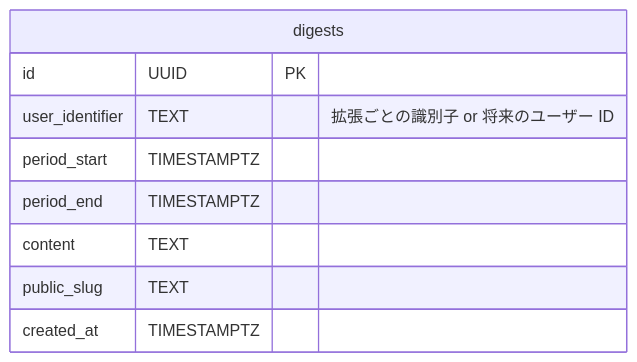
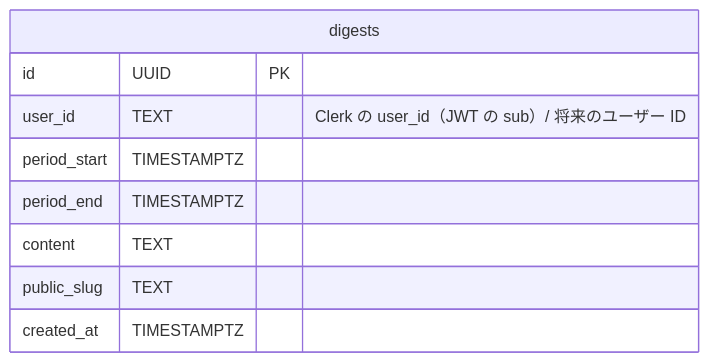
Before and after one commit to lvncer/quicklinks: the second of 7 diagrams in documents/architecture.md, drawn with Mermaid. The commit also changed other lines of this file and 1 other file, not shown here.

First line of the commit message:
docs: update README and architecture documentation to reflect changes in authentication and database structure

````diff
--- a/documents/architecture.md
+++ b/documents/architecture.md
@@ -93,12 +95,12 @@
   ```mermaid
   erDiagram
     digests {
       id UUID PK
-      user_identifier TEXT "拡張ごとの識別子 or 将来のユーザー ID"
+      user_id TEXT "Clerk の user_id（JWT の sub）/ 将来のユーザー ID"
       period_start TIMESTAMPTZ
       period_end TIMESTAMPTZ
       content TEXT
       public_slug TEXT
       created_at TIMESTAMPTZ
     }
   ```
````
